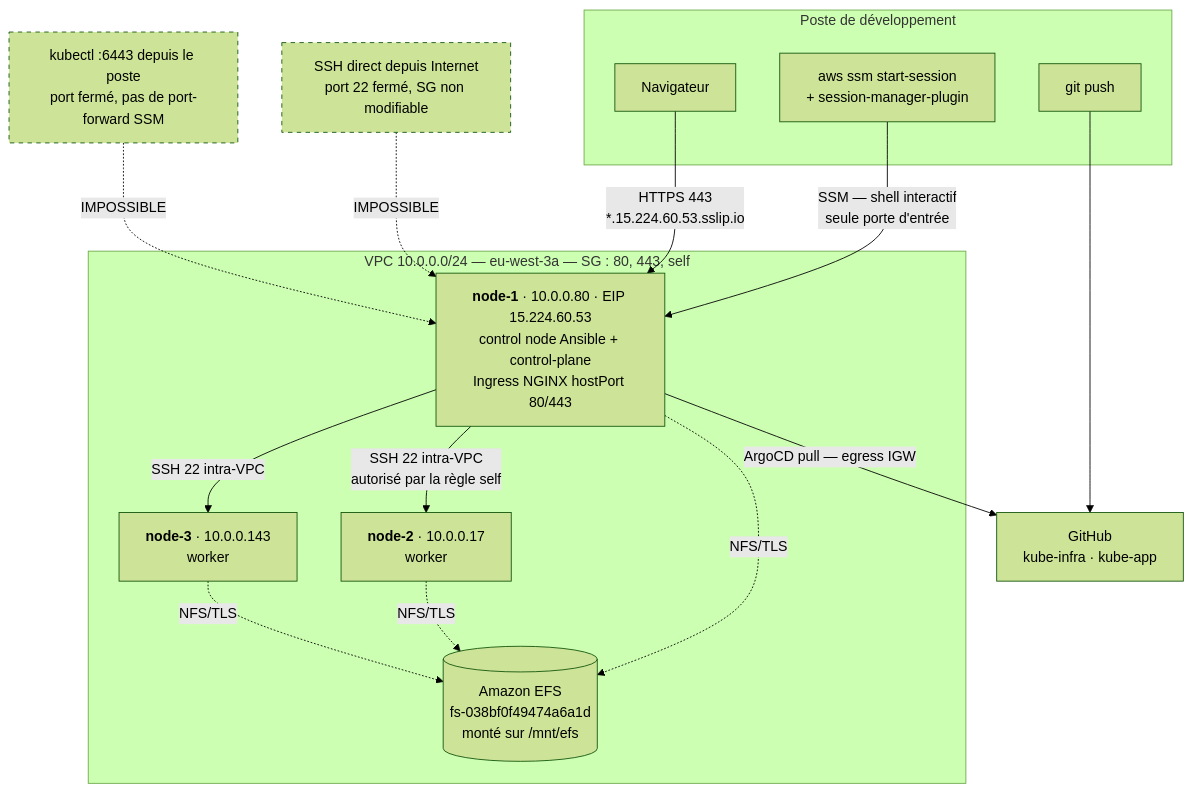
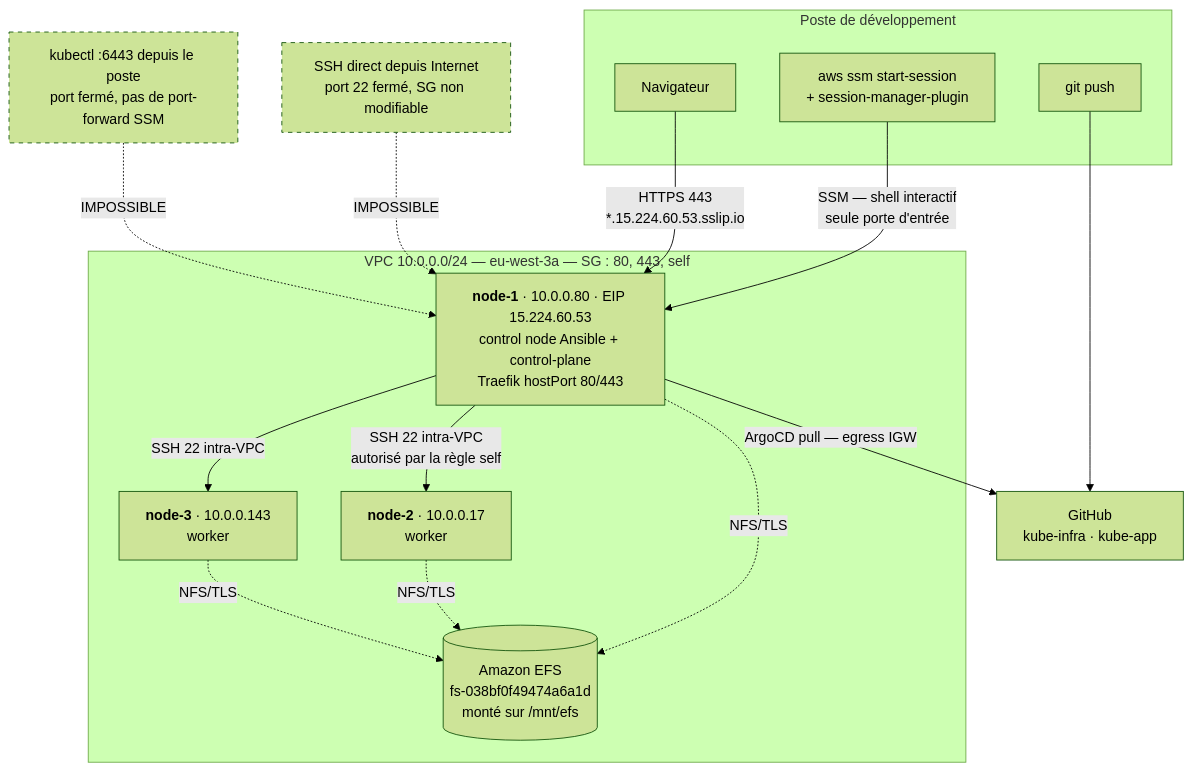
One commit to m1k0t0f667/kube changed the first of 3 diagrams in docs/contraintes-et-outillage.md. Above: the diagram before and after it, drawn with Mermaid (forest theme). The commit also changed other lines of this file and 14 other files, not shown here.

First line of the commit message:
feat(ingress): remplace ingress-nginx par Traefik

````diff
--- a/docs/contraintes-et-outillage.md
+++ b/docs/contraintes-et-outillage.md
@@ -120,33 +120,33 @@
 ```mermaid
 flowchart TB
     subgraph poste["Poste de développement"]
         cli["aws ssm start-session<br/>+ session-manager-plugin"]
         nav["Navigateur"]
         git["git push"]
     end
 
     subgraph aws["VPC 10.0.0.0/24 — eu-west-3a — SG : 80, 443, self"]
-        n1["<b>node-1</b> · 10.0.0.80 · EIP 15.224.60.53<br/>control node Ansible + control-plane<br/>Ingress NGINX hostPort 80/443"]
+        n1["<b>node-1</b> · 10.0.0.80 · EIP 15.224.60.53<br/>control node Ansible + control-plane<br/>Traefik hostPort 80/443"]
         n2["<b>node-2</b> · 10.0.0.17<br/>worker"]
         n3["<b>node-3</b> · 10.0.0.143<br/>worker"]
         efs[("Amazon EFS<br/>fs-038bf0f49474a6a1d<br/>monté sur /mnt/efs")]
     end
 
     gh["GitHub<br/>kube-infra · kube-app"]
 
     cli -->|"SSM — shell interactif<br/>seule porte d'entrée"| n1
     nav -->|"HTTPS 443<br/>*.15.224.60.53.sslip.io"| n1
     git --> gh
     n1 -->|"SSH 22 intra-VPC<br/>autorisé par la règle self"| n2
     n1 -->|"SSH 22 intra-VPC"| n3
     n1 -.->|"NFS/TLS"| efs
     n2 -.->|"NFS/TLS"| efs
     n3 -.->|"NFS/TLS"| efs
     n1 -->|"ArgoCD pull — egress IGW"| gh
 
     classDef blocked stroke-dasharray: 5 5
     x1["SSH direct depuis Internet<br/>port 22 fermé, SG non modifiable"]:::blocked
     x2["kubectl :6443 depuis le poste<br/>port fermé, pas de port-forward SSM"]:::blocked
     x1 -.->|"IMPOSSIBLE"| n1
     x2 -.->|"IMPOSSIBLE"| n1
 ```
````
